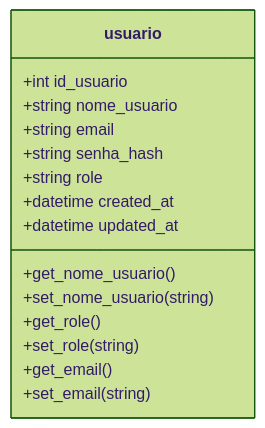
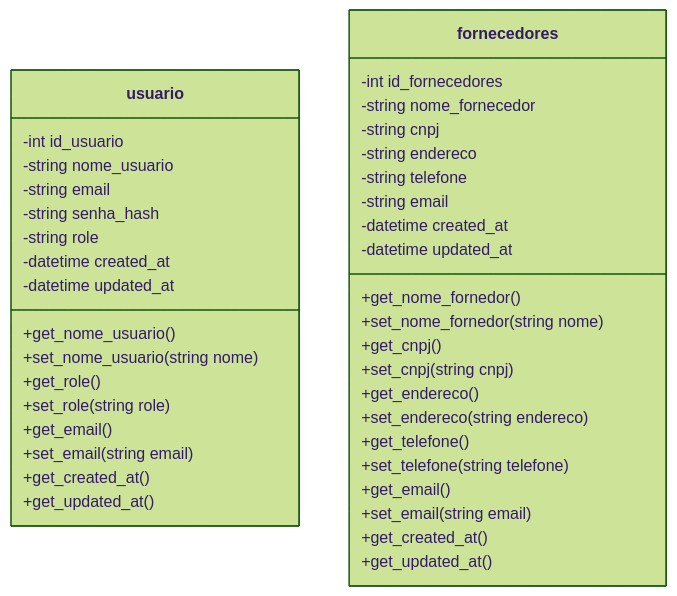
Before and after one commit to Gabriela-Amaro/Sistema-Mugiwara: the third of 3 diagrams in README.md, drawn with Mermaid (forest theme).

Commit message:
Update README.md
adição da tabela fornecedores no diagrama de classes

````diff
--- a/README.md
+++ b/README.md
@@ -409,18 +409,43 @@
 ```mermaid
     classDiagram
     class usuario {
-        +int id_usuario
-        +string nome_usuario
-        +string email
-        +string senha_hash
-        +string role
-        +datetime created_at
-        +datetime updated_at
+        -int id_usuario
+        -string nome_usuario
+        -string email
+        -string senha_hash
+        -string role
+        -datetime created_at
+        -datetime updated_at
         +get_nome_usuario()
-        +set_nome_usuario(string)
+        +set_nome_usuario(string nome)
         +get_role()
-        +set_role(string)
+        +set_role(string role)
         +get_email()
-        +set_email(string)
+        +set_email(string email)
+        +get_created_at()
+        +get_updated_at()
+    }
+
+    class fornecedores {
+        -int id_fornecedores
+        -string nome_fornecedor
+        -string cnpj
+        -string endereco
+        -string telefone
+        -string email
+        -datetime created_at
+        -datetime updated_at
+        +get_nome_fornedor()
+        +set_nome_fornedor(string nome)
+        +get_cnpj()
+        +set_cnpj(string cnpj)
+        +get_endereco()
+        +set_endereco(string endereco)
+        +get_telefone()
+        +set_telefone(string telefone)
+        +get_email()
+        +set_email(string email)
+        +get_created_at()
+        +get_updated_at()
     }
 ```
````
